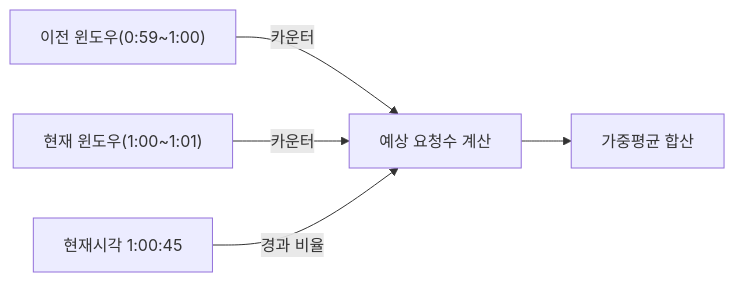
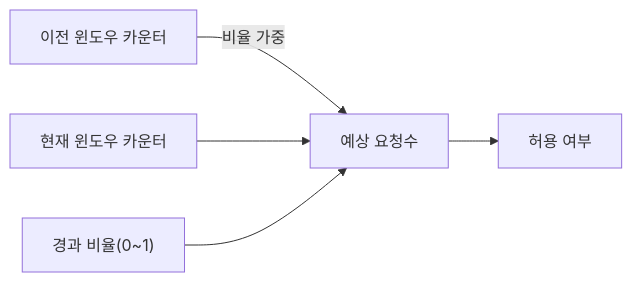
One commit to yjkim2015/yjkim2015.github.io changed the fourth of 10 diagrams in _posts/spring/2026-05-01-rate-limiting.md. Above: the diagram before and after it, drawn with Mermaid. The commit also changed other lines of this file and 4 other files, not shown here.

````diff
--- a/_posts/spring/2026-05-01-rate-limiting.md
+++ b/_posts/spring/2026-05-01-rate-limiting.md
@@ -142,7 +199,7 @@
 ```mermaid
 graph LR
-    PW["이전 윈도우(0:59~1:00)"] -->|"카운터"| CALC["예상 요청수 계산"]
-    CW["현재 윈도우(1:00~1:01)"] -->|"카운터"| CALC
-    NOW["현재시각 1:00:45"] -->|"경과 비율"| CALC
-    CALC --> RESULT["가중평균 합산"]
+    PW["이전 윈도우 카운터"] -->|"비율 가중"| CALC["예상 요청수"]
+    CW["현재 윈도우 카운터"] --> CALC
+    TS["경과 비율(0~1)"] --> CALC
+    CALC --> RESULT["허용 여부"]
 ```
````
